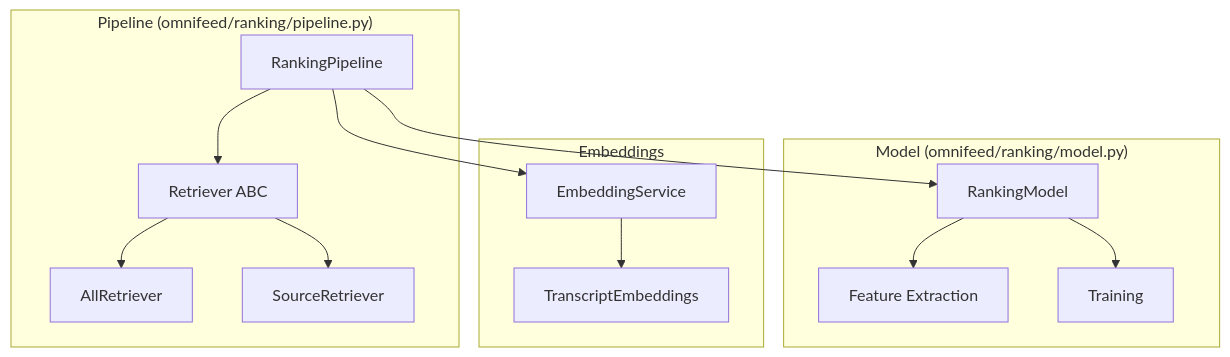
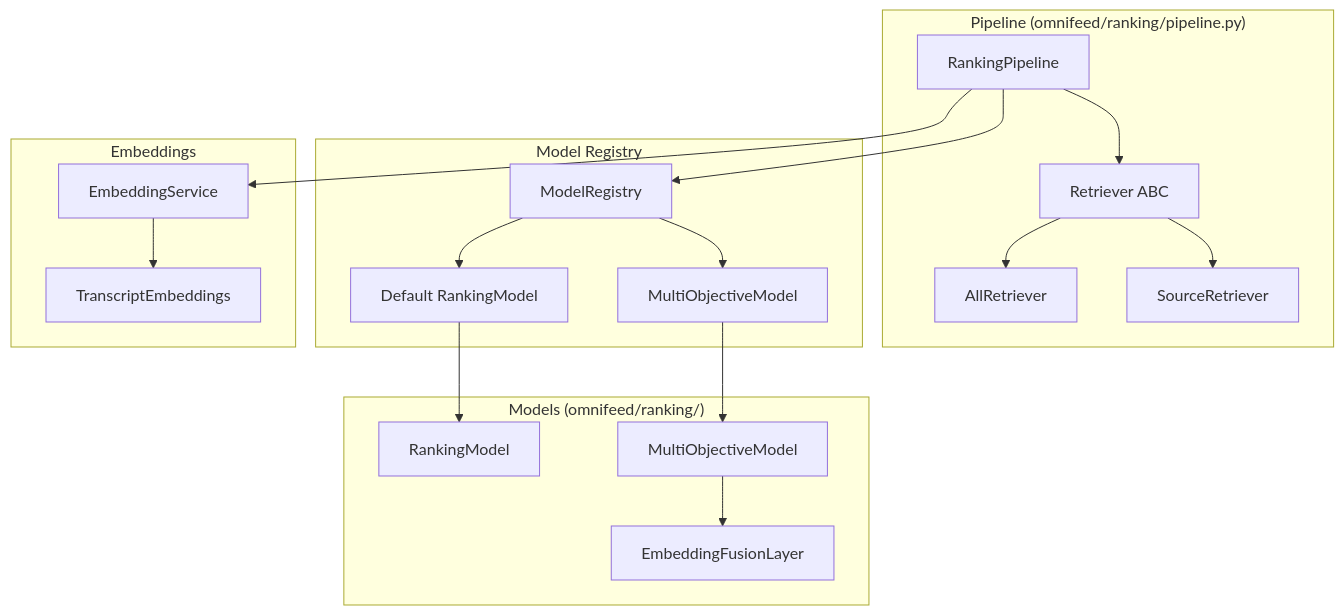
One commit to AdamDadeH/omnifeed changed the fourth of 6 diagrams in docs/architecture.md. Above: the diagram before and after it, drawn with Mermaid. The commit also changed other lines of this file and 17 other files, not shown here.

````diff
--- a/docs/architecture.md
+++ b/docs/architecture.md
@@ -123,31 +123,41 @@
 ```mermaid
 flowchart TB
     subgraph Pipeline["Pipeline (omnifeed/ranking/pipeline.py)"]
         RANK_PIPE[RankingPipeline]
         RETRIEVER[Retriever ABC]
         ALL_RET[AllRetriever]
         SOURCE_RET[SourceRetriever]
     end
 
-    subgraph Model["Model (omnifeed/ranking/model.py)"]
+    subgraph Registry["Model Registry"]
+        MODEL_REG[ModelRegistry]
+        DEFAULT[Default RankingModel]
+        MULTI_OBJ[MultiObjectiveModel]
+    end
+
+    subgraph Model["Models (omnifeed/ranking/)"]
         RANK_MODEL[RankingModel]
-        FEATURES[Feature Extraction]
-        TRAIN[Training]
+        MULTI_MODEL[MultiObjectiveModel]
+        FUSION[EmbeddingFusionLayer]
     end
 
     subgraph Embeddings["Embeddings"]
         EMB_SVC[EmbeddingService]
         TRANSCRIPT[TranscriptEmbeddings]
     end
 
     RANK_PIPE --> RETRIEVER
     RETRIEVER --> ALL_RET
     RETRIEVER --> SOURCE_RET
 
-    RANK_PIPE --> RANK_MODEL
-    RANK_MODEL --> FEATURES
-    RANK_MODEL --> TRAIN
+    RANK_PIPE --> MODEL_REG
+    MODEL_REG --> DEFAULT
+    MODEL_REG --> MULTI_OBJ
+
+    DEFAULT --> RANK_MODEL
+    MULTI_OBJ --> MULTI_MODEL
+    MULTI_MODEL --> FUSION
 
     RANK_PIPE --> EMB_SVC
     EMB_SVC --> TRANSCRIPT
 ```
````
